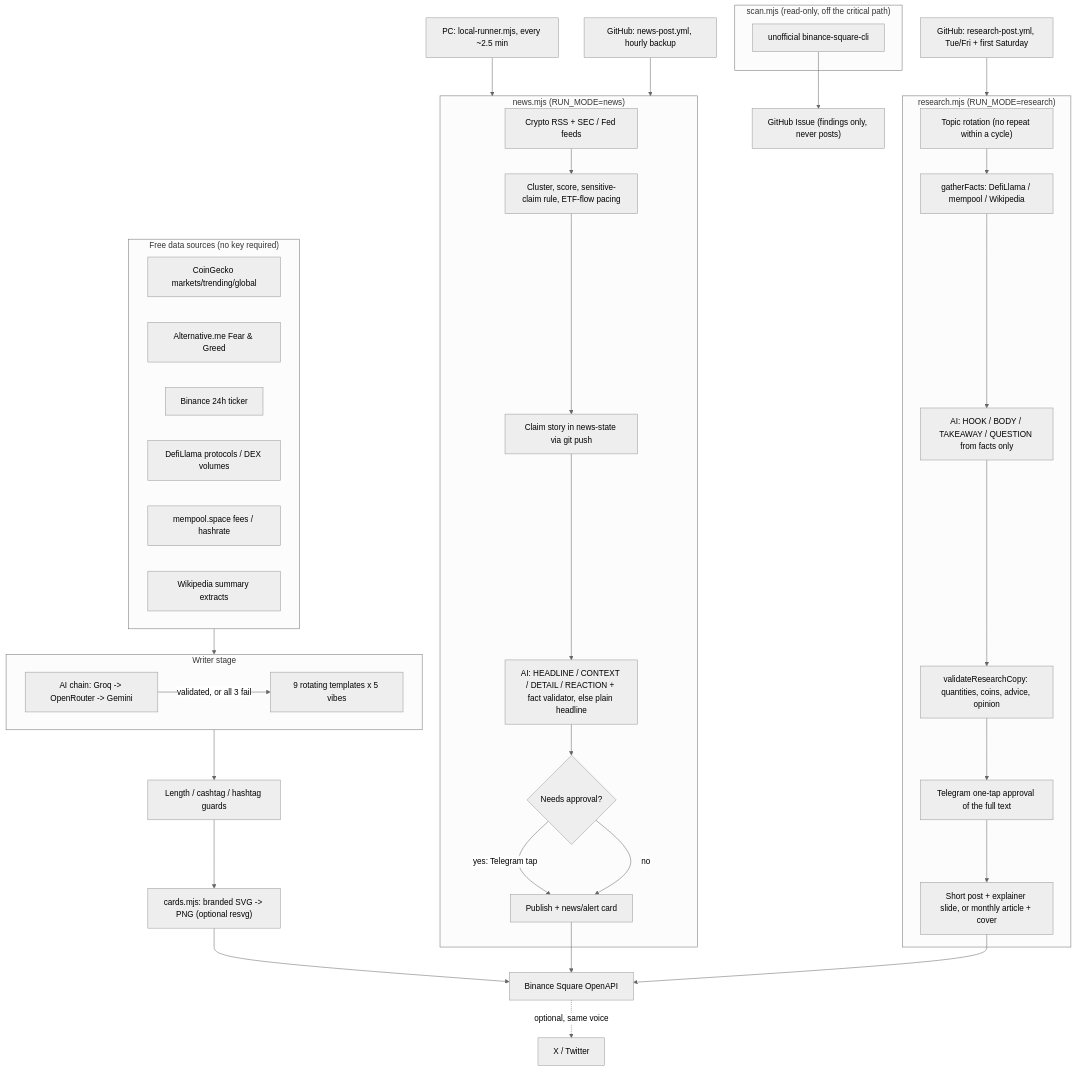
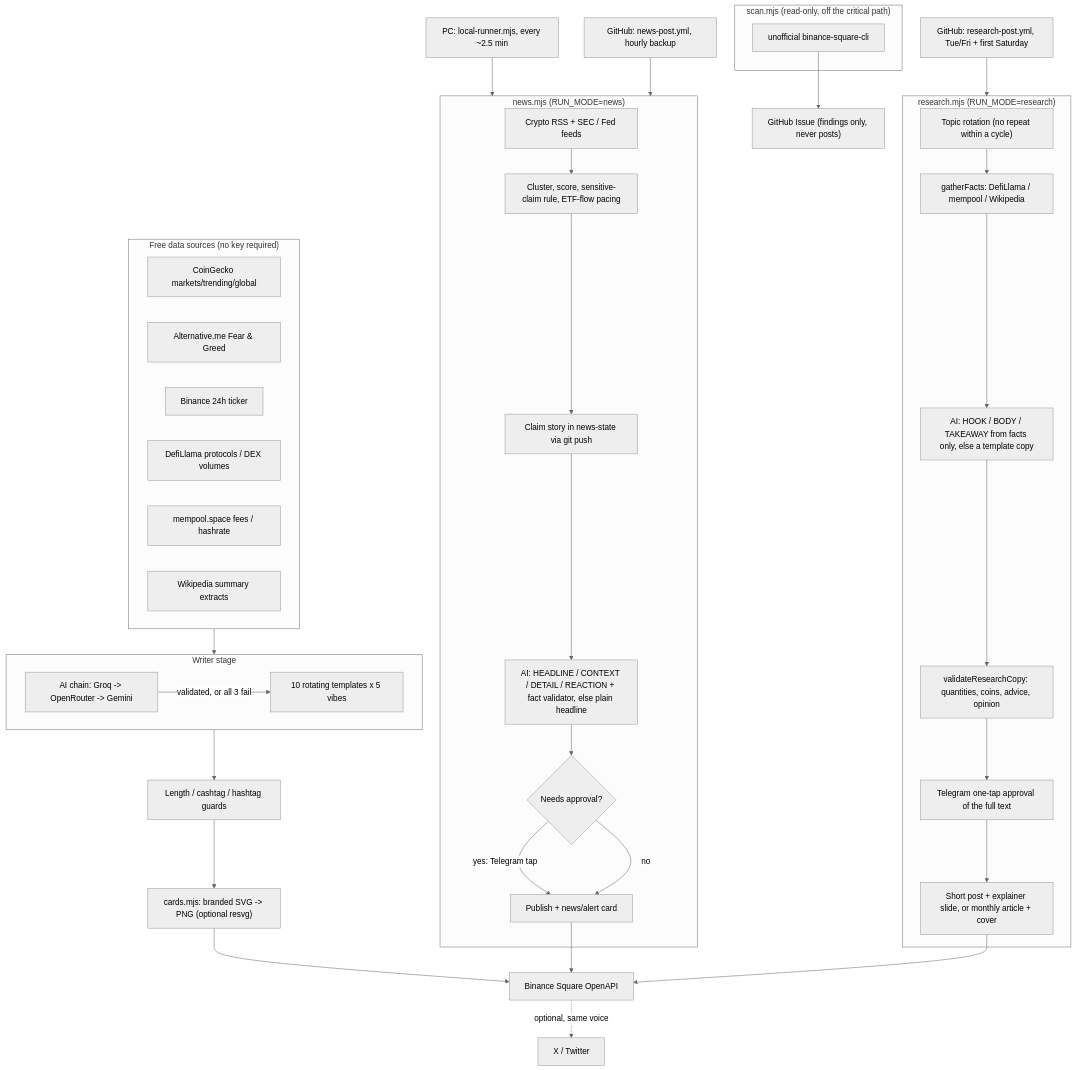
One commit to mimiq-icon/square-autoposter changed the diagram in README.md. Above: the diagram before and after it, drawn with Mermaid (neutral theme). The commit also changed other lines of this file and 6 other files, not shown here.

````diff
--- a/README.md
+++ b/README.md
@@ -112,50 +115,50 @@
 ```mermaid
 flowchart TD
     subgraph Data["Free data sources (no key required)"]
         CG[CoinGecko markets/trending/global]
         FG[Alternative.me Fear & Greed]
         BN[Binance 24h ticker]
         LL[DefiLlama protocols / DEX volumes]
         MP[mempool.space fees / hashrate]
         WK[Wikipedia summary extracts]
     end
 
     subgraph Writer["Writer stage"]
         AI["AI chain: Groq -> OpenRouter -> Gemini"]
-        TPL["9 rotating templates x 5 vibes"]
+        TPL["10 rotating templates x 5 vibes"]
     end
 
     Data --> Writer
     AI -- "validated, or all 3 fail" --> TPL
     Writer --> Guard["Length / cashtag / hashtag guards"]
     Guard --> Cards["cards.mjs: branded SVG -> PNG (optional resvg)"]
     Cards --> Square["Binance Square OpenAPI"]
     Square -.optional, same voice.-> X["X / Twitter"]
 
     subgraph News["news.mjs (RUN_MODE=news)"]
         RSS["Crypto RSS + SEC / Fed feeds"] --> Pick["Cluster, score, sensitive-claim rule, ETF-flow pacing"]
         Pick --> Claim["Claim story in news-state via git push"]
         Claim --> Rewrite["AI: HEADLINE / CONTEXT / DETAIL / REACTION + fact validator, else plain headline"]
         Rewrite --> Approve{"Needs approval?"}
         Approve -- "yes: Telegram tap" --> Publish["Publish + news/alert card"]
         Approve -- no --> Publish
     end
     PC["PC: local-runner.mjs, every ~2.5 min"] --> News
     GH["GitHub: news-post.yml, hourly backup"] --> News
     Publish --> Square
 
     subgraph Research["research.mjs (RUN_MODE=research)"]
         Topic["Topic rotation (no repeat within a cycle)"] --> Facts["gatherFacts: DefiLlama / mempool / Wikipedia"]
-        Facts --> RWrite["AI: HOOK / BODY / TAKEAWAY / QUESTION from facts only"]
+        Facts --> RWrite["AI: HOOK / BODY / TAKEAWAY from facts only, else a template copy"]
         RWrite --> RVal["validateResearchCopy: quantities, coins, advice, opinion"]
         RVal --> RTap["Telegram one-tap approval of the full text"]
         RTap --> RPublish["Short post + explainer slide, or monthly article + cover"]
     end
     RSched["GitHub: research-post.yml, Tue/Fri + first Saturday"] --> Research
     RPublish --> Square
 
     subgraph Scanner["scan.mjs (read-only, off the critical path)"]
         CLI[unofficial binance-square-cli]
     end
     CLI --> Issue["GitHub Issue (findings only, never posts)"]
 ```
````
